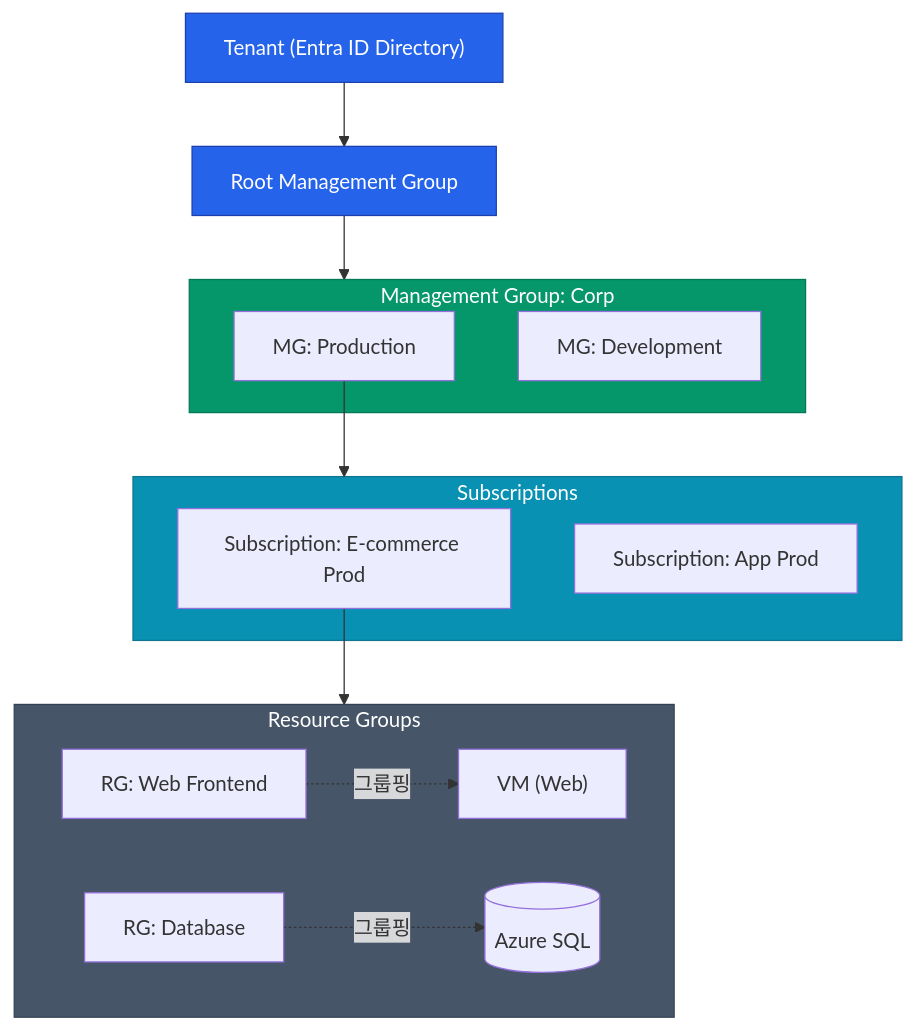
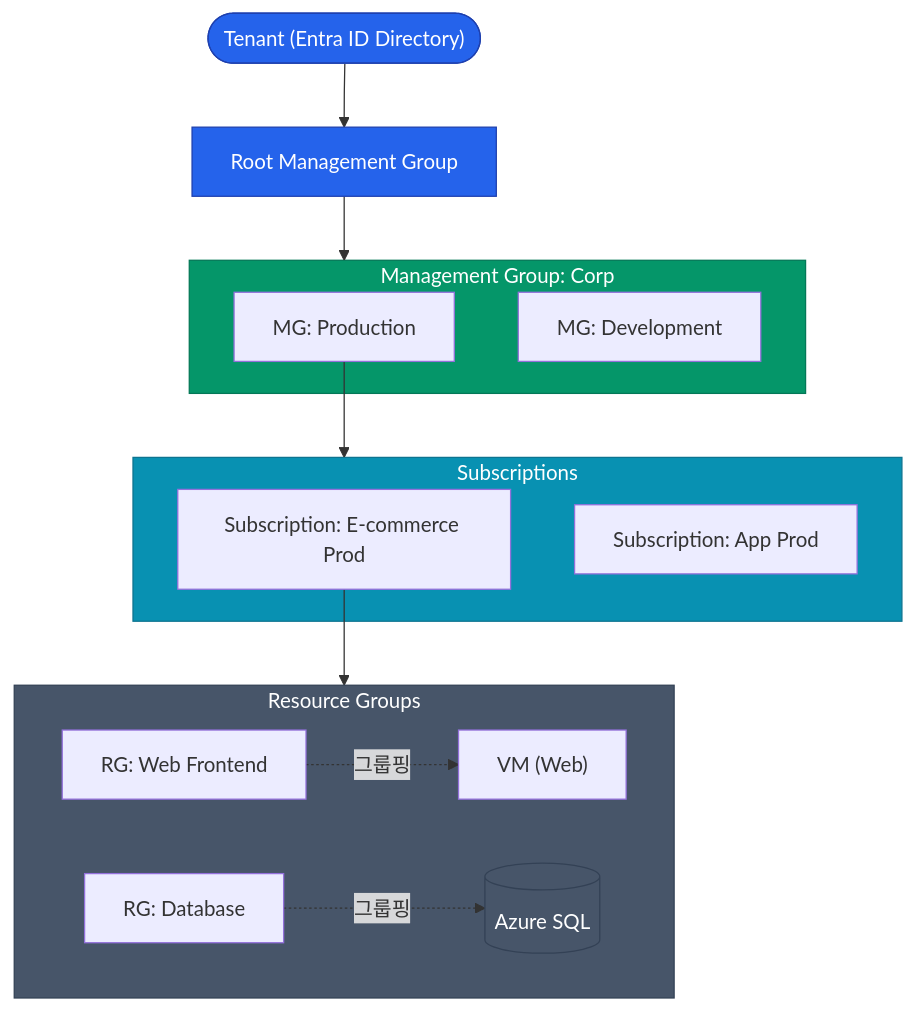
Before and after one commit to No1Joon/No1Joon.github.io: the diagram in _posts/cloud-infrastructure/2026-04-20-azure-01-rbac.md, drawn with Mermaid. The commit also changed other lines of this file and 36 other files, not shown here.

````diff
--- a/_posts/cloud-infrastructure/2026-04-20-azure-01-rbac.md
+++ b/_posts/cloud-infrastructure/2026-04-20-azure-01-rbac.md
@@ -19,42 +19,46 @@
 ```mermaid
 flowchart TD
-    ROOT["Tenant (Entra ID Directory)"]
+    ROOT(["Tenant (Entra ID Directory)"])
     
     MG_TOP["Root Management Group"]
     
     subgraph mg_corp [Management Group: Corp]
         MG_PROD["MG: Production"]
         MG_DEV["MG: Development"]
     end
 
     subgraph sub_prod [Subscriptions]
         SUB_ECOM["Subscription: E-commerce Prod"]
         SUB_APP["Subscription: App Prod"]
     end
     
     subgraph rg_prod [Resource Groups]
         RG_WEB["RG: Web Frontend"]
         RG_DB["RG: Database"]
         
         VM_WEB["VM (Web)"]
-        SQL_DB[("Azure SQL")]
+        SQL_DB[(Azure SQL)]
     end
 
     ROOT --> MG_TOP
     MG_TOP --> mg_corp
     MG_PROD --> sub_prod
     SUB_ECOM --> rg_prod
     
     RG_WEB -.->|"그룹핑"| VM_WEB
     RG_DB -.->|"그룹핑"| SQL_DB
 
     classDef primary fill:#2563eb,stroke:#1e40af,color:#ffffff
     classDef success fill:#059669,stroke:#047857,color:#ffffff
+    classDef warn fill:#d97706,stroke:#b45309,color:#ffffff
+    classDef danger fill:#dc2626,stroke:#991b1b,color:#ffffff
+    classDef info fill:#0891b2,stroke:#0e7490,color:#ffffff
     classDef neutral fill:#475569,stroke:#334155,color:#ffffff
-    classDef info fill:#0891b2,stroke:#0e7490,color:#ffffff
+    classDef muted fill:#e2e8f0,stroke:#94a3b8,color:#0f172a
 
     class ROOT,MG_TOP primary
     class mg_corp success
     class sub_prod info
     class rg_prod neutral
+    class SQL_DB neutral
 ```
````
